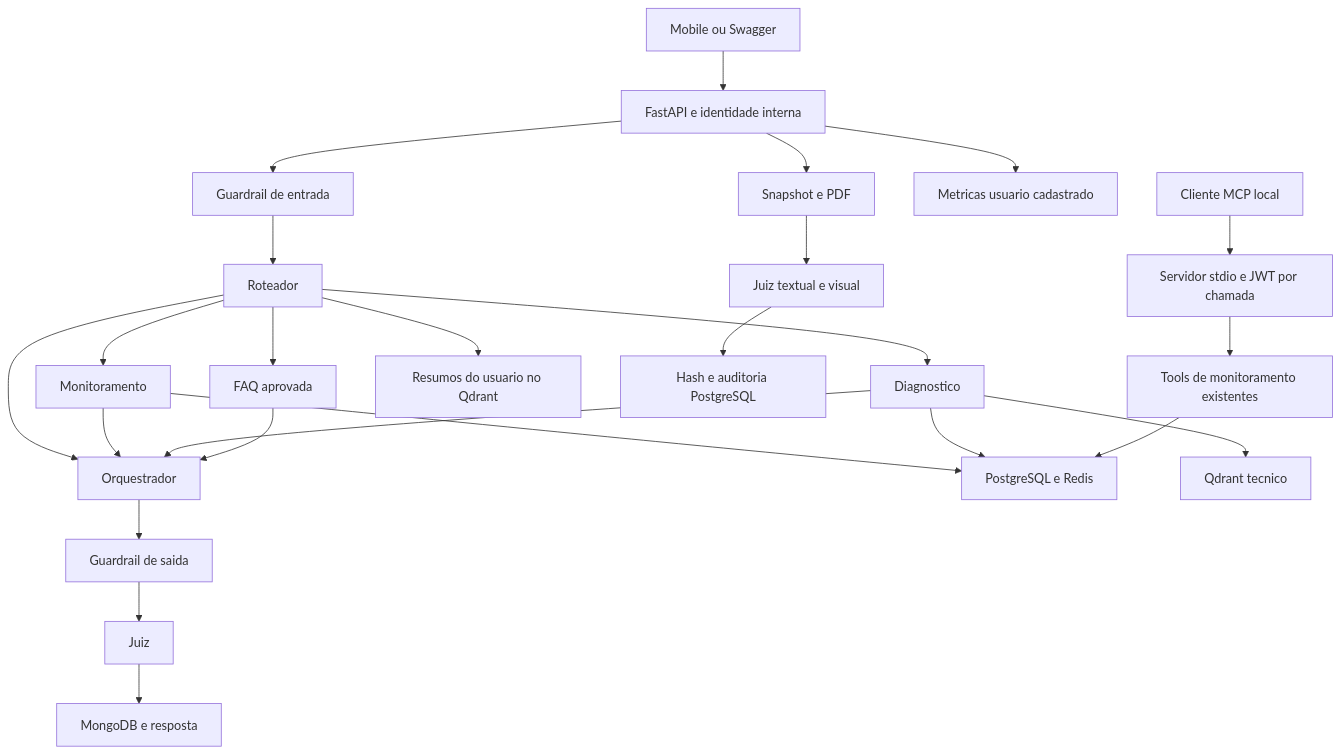
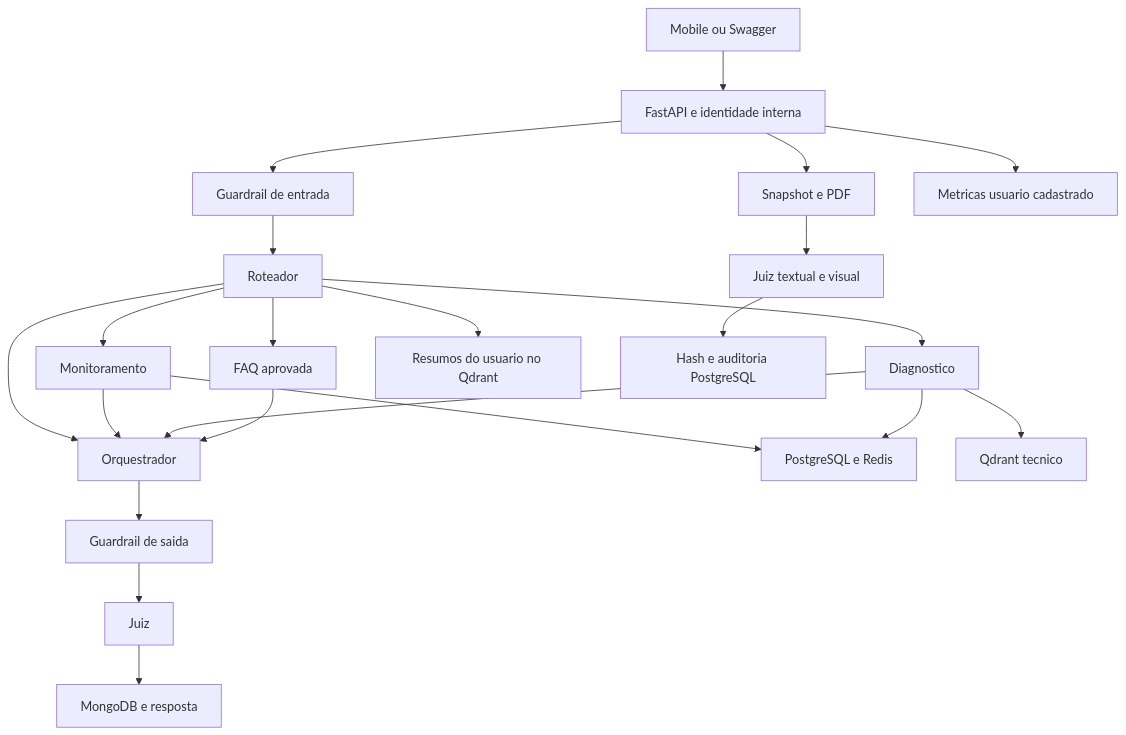
Before and after one commit to Skadi-Interdisciplinar/2_ano_back_ia: the diagram in TRIMMY.md, drawn with Mermaid. The commit also changed other lines of this file and 6 other files, not shown here.

Commit message:
refactor(mcp): remove servidor e documenta divergencia de autorizacao

````diff
--- a/TRIMMY.md
+++ b/TRIMMY.md
@@ -45,27 +45,24 @@
 ```mermaid
 flowchart TD
   Cliente["Mobile ou Swagger"] --> API["FastAPI e identidade interna"]
   API --> Entrada["Guardrail de entrada"]
   Entrada --> Roteador["Roteador"]
   Roteador --> Monitoramento["Monitoramento"]
   Roteador --> Diagnostico["Diagnostico"]
   Roteador --> FAQ["FAQ aprovada"]
   Roteador --> Orquestrador["Orquestrador"]
   Monitoramento --> Orquestrador
   Diagnostico --> Orquestrador
   FAQ --> Orquestrador
   Orquestrador --> Saida["Guardrail de saida"]
   Saida --> Juiz["Juiz"]
   Juiz --> Persistencia["MongoDB e resposta"]
   Monitoramento --> Dados["PostgreSQL e Redis"]
   Diagnostico --> Dados
   Diagnostico --> Regras["Qdrant tecnico"]
   Roteador --> Memoria["Resumos do usuario no Qdrant"]
   API --> PDF["Snapshot e PDF"]
   PDF --> JuizPDF["Juiz textual e visual"]
   JuizPDF --> Auditoria["Hash e auditoria PostgreSQL"]
   API --> Metricas["Metricas usuario cadastrado"]
-  ClienteMCP["Cliente MCP local"] --> ServidorMCP["Servidor stdio e JWT por chamada"]
-  ServidorMCP --> ToolsMCP["Tools de monitoramento existentes"]
-  ToolsMCP --> Dados
 ```
````
